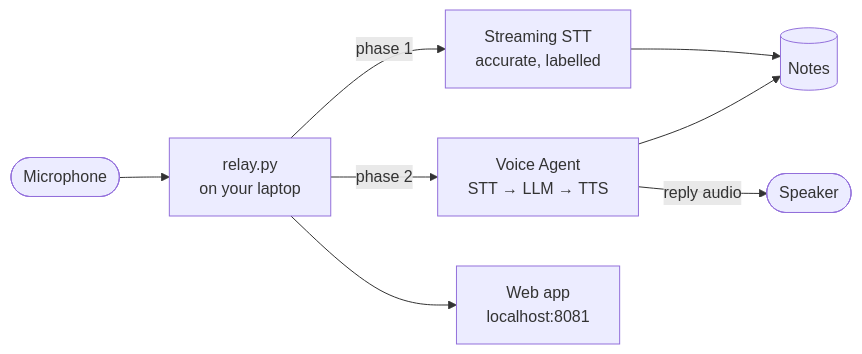
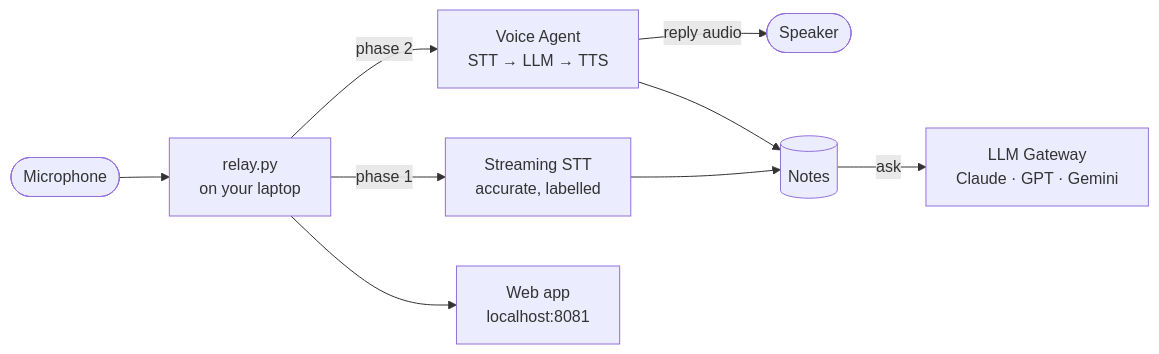
The diagram in workshop/README.md (happyBlairWang/Hardware-VoiceAgent-Night), drawn with Mermaid before and after one commit. The commit also changed other lines of this file and 1 other file, not shown here.

First line of the commit message:
Workshop: put chat with your notes in the notetaker phase

````diff
--- a/workshop/README.md
+++ b/workshop/README.md
@@ -14,10 +14,11 @@
 ```mermaid
 flowchart LR
     mic([Microphone]) --> relay[relay.py<br/>on your laptop]
     relay -- phase 1 --> S[Streaming STT<br/>accurate, labelled]
     relay -- phase 2 --> A[Voice Agent<br/>STT → LLM → TTS]
     A -- reply audio --> spk([Speaker])
     S --> notes[(Notes)]
     A --> notes
+    notes -- ask --> G[LLM Gateway<br/>Claude · GPT · Gemini]
     relay --> web[Web app<br/>localhost:8081]
 ```
````
